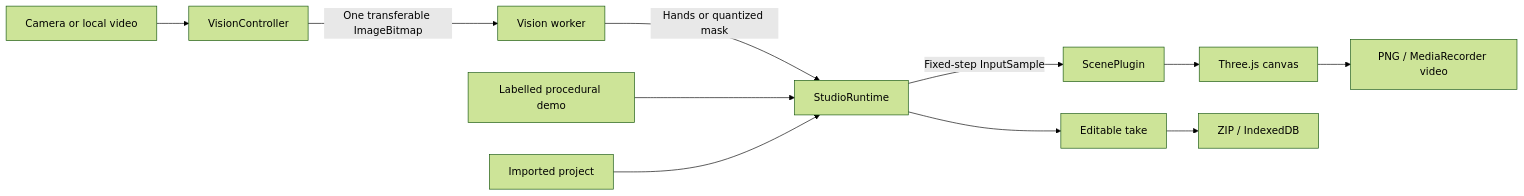
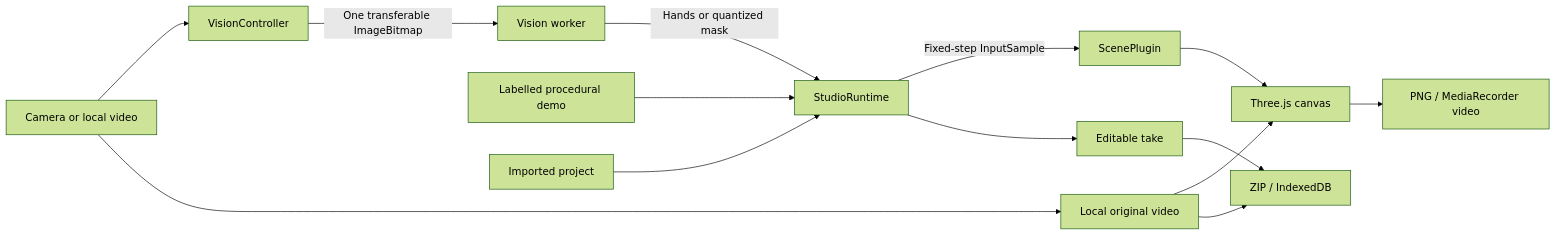
Before and after one commit to appleweiping/prism-stage: the diagram in docs/ARCHITECTURE.md, drawn with Mermaid (forest theme). The commit also changed other lines of this file and 64 other files, not shown here.

Commit message:
Add original-video composition and editable real-footage workflows

````diff
--- a/docs/ARCHITECTURE.md
+++ b/docs/ARCHITECTURE.md
@@ -7,13 +7,16 @@
 ```mermaid
 flowchart LR
     C[Camera or local video] --> V[VisionController]
+    C --> M[Local original video]
     V -->|One transferable ImageBitmap| W[Vision worker]
     W -->|Hands or quantized mask| R[StudioRuntime]
     D[Labelled procedural demo] --> R
     P[Imported project] --> R
     R -->|Fixed-step InputSample| S[ScenePlugin]
     S --> T[Three.js canvas]
+    M --> T
     R --> K[Editable take]
     K --> Z[ZIP / IndexedDB]
+    M --> Z
     T --> E[PNG / MediaRecorder video]
 ```
````
